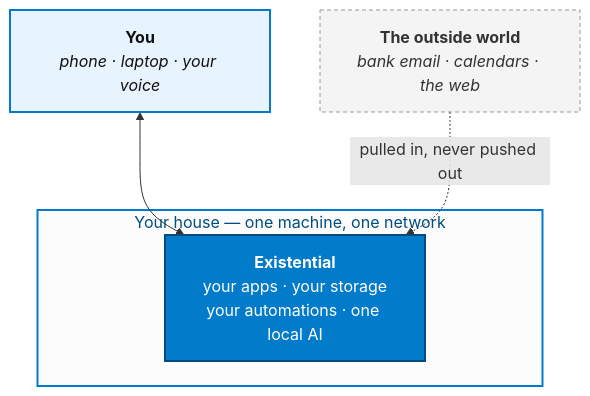
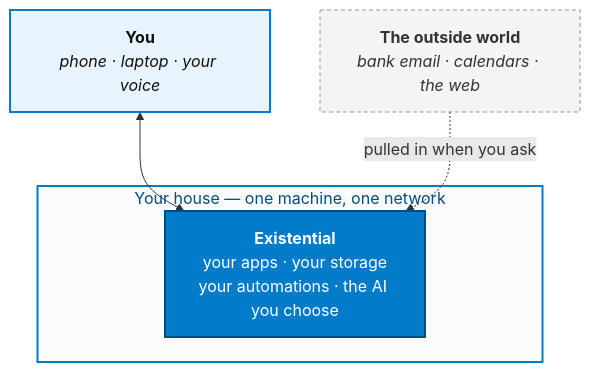
Before and after one commit to jtmckay/existential: the diagram in site/docs/intro.md, drawn with Mermaid. The commit also changed other lines of this file and 11 other files, not shown here.

````diff
--- a/site/docs/intro.md
+++ b/site/docs/intro.md
@@ -42,20 +43,20 @@
 ```mermaid
 flowchart TB
     you["<b>You</b><br/><i>phone · laptop · your voice</i>"]
     outside["<b>The outside world</b><br/><i>bank email · calendars · the web</i>"]
 
     subgraph house["Your house — one machine, one network"]
-        ex["<b>Existential</b><br/>your apps · your storage<br/>your automations · one local AI"]
+        ex["<b>Existential</b><br/>your apps · your storage<br/>your automations · the AI you choose"]
     end
 
     you <--> ex
-    outside -. "pulled in, never pushed out" .-> ex
+    outside -. "pulled in when you ask" .-> ex
 
     classDef me fill:#e8f4fd,stroke:#027bcb,stroke-width:2px,color:#111
     classDef core fill:#027bcb,stroke:#014d80,stroke-width:2px,color:#fff
     classDef ext fill:#f4f4f4,stroke:#999,stroke-dasharray:4 3,color:#333
     class you me
     class ex core
     class outside ext
     style house fill:#fcfcfc,stroke:#027bcb,stroke-width:2px,color:#014d80
 ```
````
